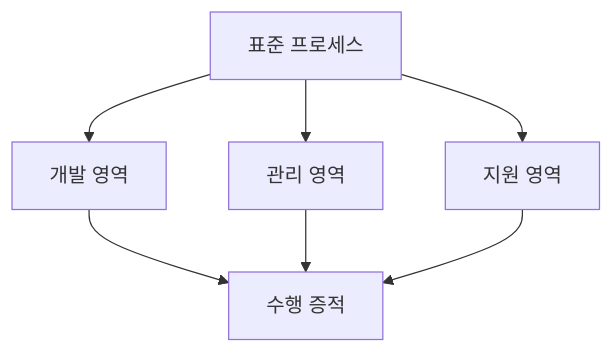
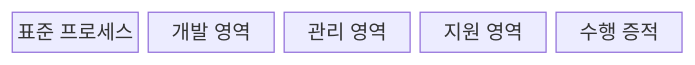
One commit to agnusdei1207/knowledge-base changed the first of 2 diagrams in src/content/docs/notes/03-software/080_sp_software_process_quality_certification.md. Above: the diagram before and after it, drawn with Mermaid. The commit also changed other lines of this file and 20 other files, not shown here.

````diff
--- a/src/content/docs/notes/03-software/080_sp_software_process_quality_certification.md
+++ b/src/content/docs/notes/03-software/080_sp_software_process_quality_certification.md
@@ -59,9 +57,9 @@
 ```mermaid
-flowchart TD
-    S["표준 프로세스"] --> D["개발 영역"]
-    S --> M["관리 영역"]
-    S --> U["지원 영역"]
-    D --> E["수행 증적"]
-    M --> E
-    U --> E
+block
+  columns 5
+  S["표준 프로세스"]
+  D["개발 영역"]
+  M["관리 영역"]
+  U["지원 영역"]
+  E["수행 증적"]
 ```
````
